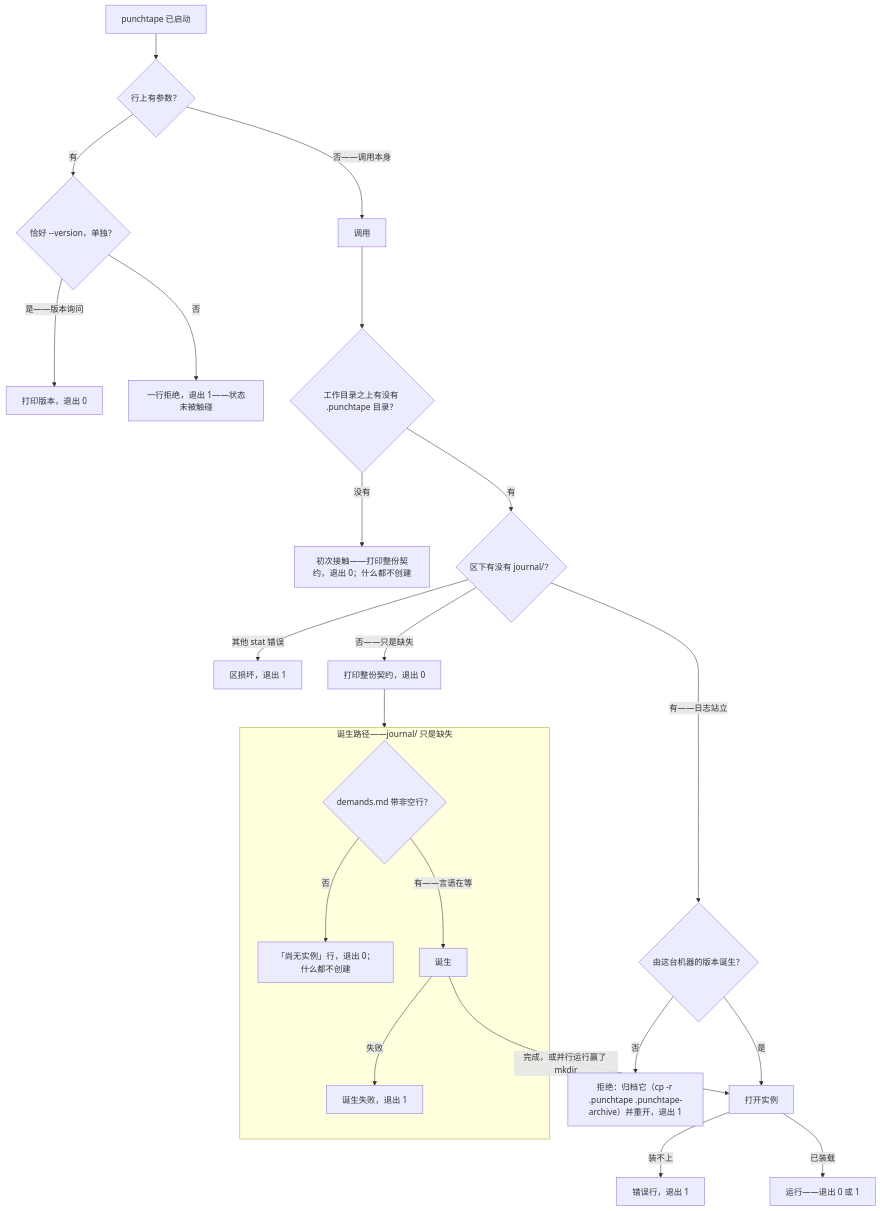
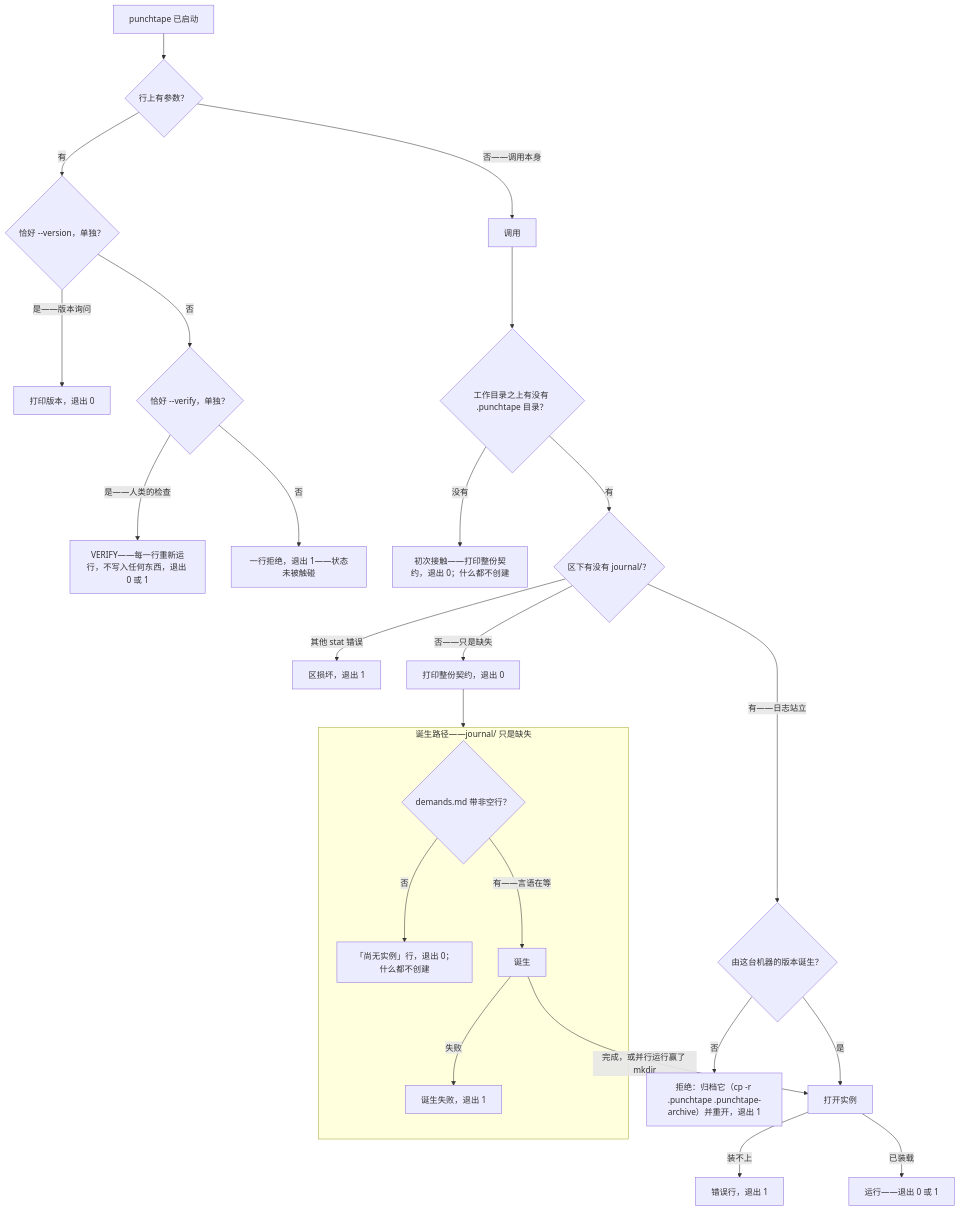
The first of 9 diagrams in docs/ARCHITECTURE.zh.md (neurophant/punchtape), drawn with Mermaid before and after one commit. The commit also changed other lines of this file and 160 other files, not shown here.

````diff
--- a/docs/ARCHITECTURE.zh.md
+++ b/docs/ARCHITECTURE.zh.md
@@ -115,26 +122,28 @@
 ```mermaid
 flowchart TD
     L["punchtape 已启动"] --> ARGS{"行上有参数？"}
     ARGS -- "有" --> VER{"恰好 --version，单独？"}
     VER -- "是——版本询问" --> VOUT["打印版本，退出 0"]
-    VER -- "否" --> REF["一行拒绝，退出 1——状态未被触碰"]
+    VER -- "否" --> VFY{"恰好 --verify，单独？"}
+    VFY -- "是——人类的检查" --> THEV["VERIFY——每一行重新运行，不写入任何东西，退出 0 或 1"]
+    VFY -- "否" --> REF["一行拒绝，退出 1——状态未被触碰"]
     ARGS -- "否——调用本身" --> CALL["调用"]
     CALL --> ZONE{"工作目录之上有没有 .punchtape 目录？"}
     ZONE -- "没有" --> FIRST["初次接触——打印整份契约，退出 0；什么都不创建"]
     ZONE -- "有" --> JD{"区下有没有 journal/？"}
     JD -- "其他 stat 错误" --> DAM["区损坏，退出 1"]
     JD -- "有——日志站立" --> VERG{"由这台机器的版本诞生？"}
     VERG -- "否" --> FOR["拒绝：归档它（cp -r .punchtape .punchtape-archive）并重开，退出 1"]
     VERG -- "是" --> OPEN["打开实例"]
     subgraph BIRTHPATH["诞生路径——journal/ 只是缺失"]
       WORDS{"demands.md 带非空行？"}
       WORDS -- "否" --> SLOT["「尚无实例」行，退出 0；什么都不创建"]
       WORDS -- "有——言语在等" --> BIRTH["诞生"]
       BIRTH -- "失败" --> BFAIL["诞生失败，退出 1"]
     end
     JD -- "否——只是缺失" --> CONTRACT["打印整份契约，退出 0"]
     CONTRACT --> BIRTHPATH
     BIRTH -- "完成，或并行运行赢了 mkdir" --> OPEN
     OPEN -- "装不上" --> OERR["错误行，退出 1"]
     OPEN -- "已装载" --> RUN["运行——退出 0 或 1"]
 ```
````
